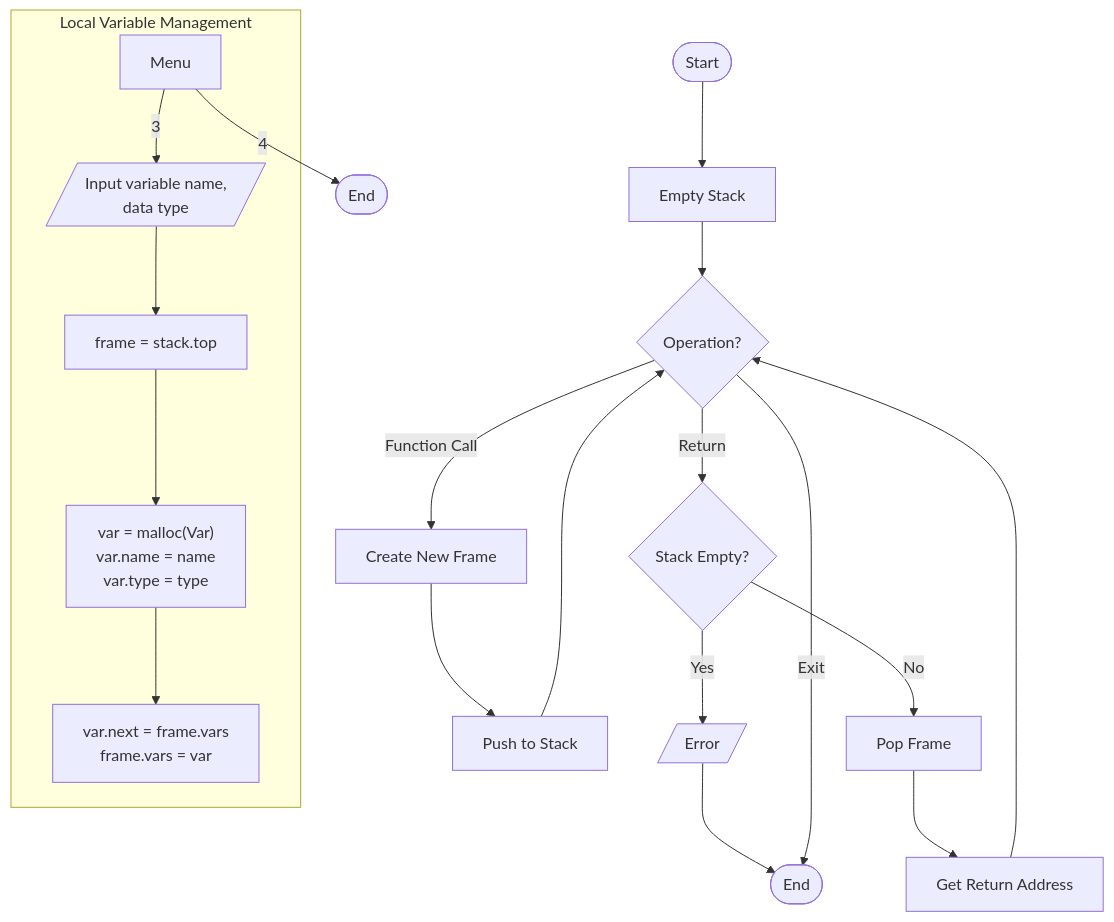
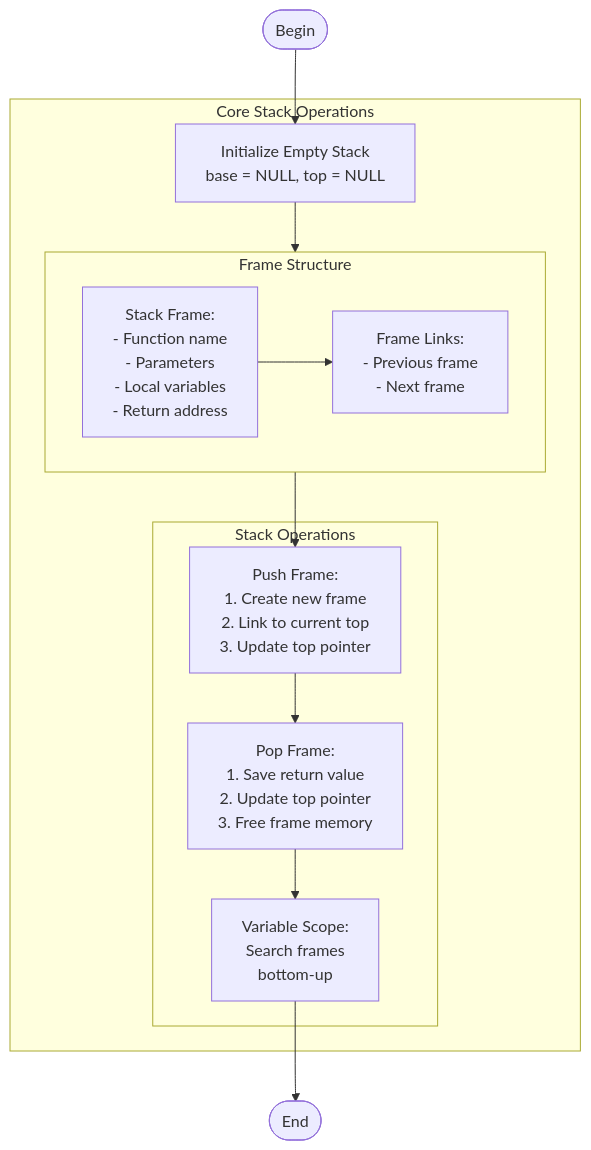
Before and after one commit to toanthanh1/c_code: the diagram in function_call_stack.md, drawn with Mermaid. The commit also changed other lines of this file and 16 other files, not shown here.

````diff
--- a/function_call_stack.md
+++ b/function_call_stack.md
@@ -47,27 +27,45 @@
 ```mermaid
 flowchart TD
-    A([Start]) --> B[Empty Stack]
-    B --> C{Operation?}
-    C -->|Function Call| D[Create New Frame]
-    D --> E[Push to Stack]
-    C -->|Return| F{Stack Empty?}
-    F -->|Yes| G[/Error/]
-    F -->|No| H[Pop Frame]
-    H --> I[Get Return Address]
-    E --> C
-    I --> C
-    G --> K([End])
-    C -->|Exit| K
-    
-    subgraph "Local Variable Management"
-        Menu -->|3| AddVar[/Input variable name,\ndata type/]
-        AddVar --> FindFrame["frame = stack.top"]
-        FindFrame --> AllocVar["var = malloc(Var)
-        var.name = name
-        var.type = type"]
-        AllocVar --> LinkVar["var.next = frame.vars
-        frame.vars = var"]
+    Begin([Begin]) --> Init
+
+    subgraph "Core Stack Operations"
+        Init["Initialize Empty Stack
+        base = NULL, top = NULL"]
+        
+        subgraph "Frame Structure"
+            direction LR
+            Frame["Stack Frame:
+            - Function name
+            - Parameters
+            - Local variables
+            - Return address"]
+            
+            Links["Frame Links:
+            - Previous frame
+            - Next frame"]
+        end
+        
+        subgraph "Stack Operations"
+            Push["Push Frame:
+            1. Create new frame
+            2. Link to current top
+            3. Update top pointer"]
+            
+            Pop["Pop Frame:
+            1. Save return value
+            2. Update top pointer
+            3. Free frame memory"]
+            
+            Scope["Variable Scope:
+            Search frames
+            bottom-up"]
+        end
     end
-    
-    Menu -->|4| Exit([End])
+
+    Init --> Frame
+    Frame --> Links
+    Links --> Push
+    Push --> Pop
+    Pop --> Scope
+    Scope --> End([End])
 ```
````
